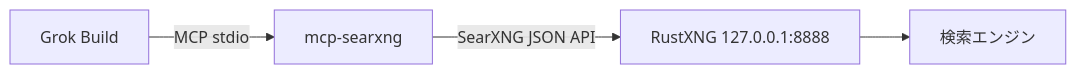
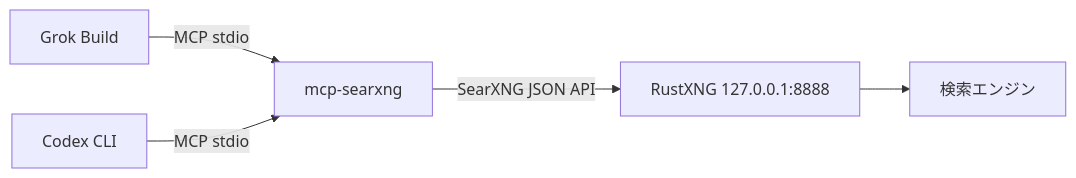
One commit to pranc1ngpegasus/dotfiles changed the diagram in docs/rustxng.md. Above: the diagram before and after it, drawn with Mermaid. The commit also changed other lines of this file and 3 other files, not shown here.

Commit message:
feat(codex): add Ollama Cloud DeepSeek and RustXNG MCP (#170)

````diff
--- a/docs/rustxng.md
+++ b/docs/rustxng.md
@@ -7,6 +9,7 @@
 ```mermaid
 flowchart LR
   grok["Grok Build"] -->|MCP stdio| mcp["mcp-searxng"]
+  codex["Codex CLI"] -->|MCP stdio| mcp
   mcp -->|SearXNG JSON API| rustxng["RustXNG 127.0.0.1:8888"]
   rustxng --> engines["検索エンジン"]
 ```
````
